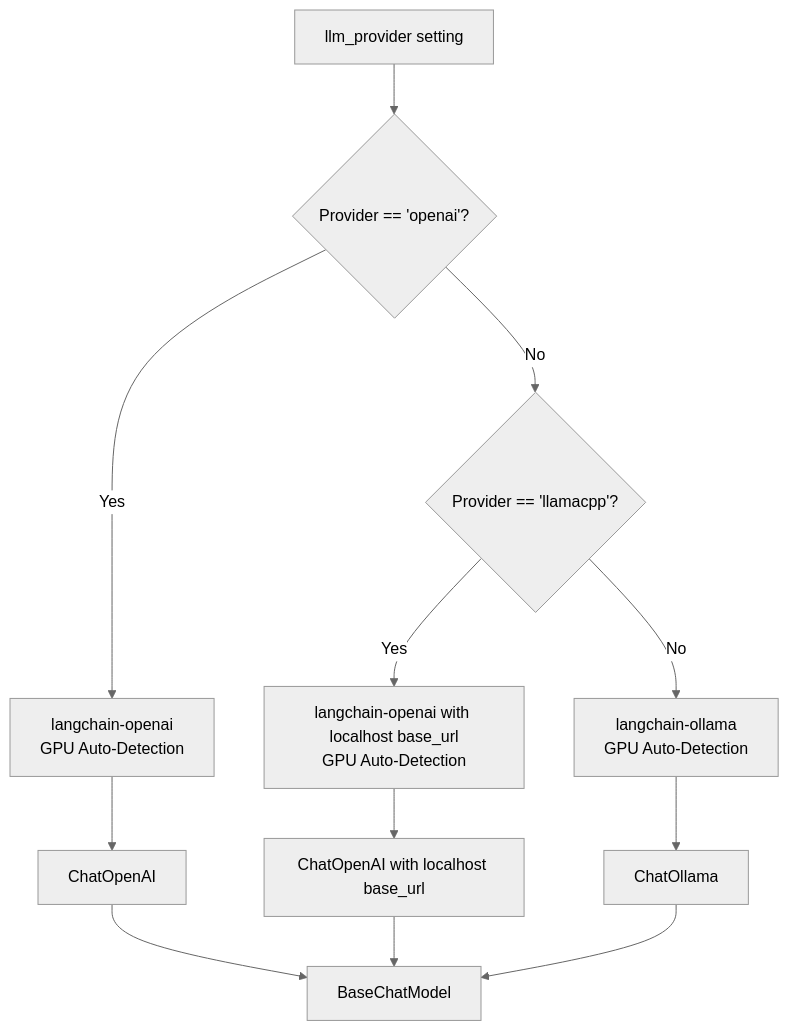
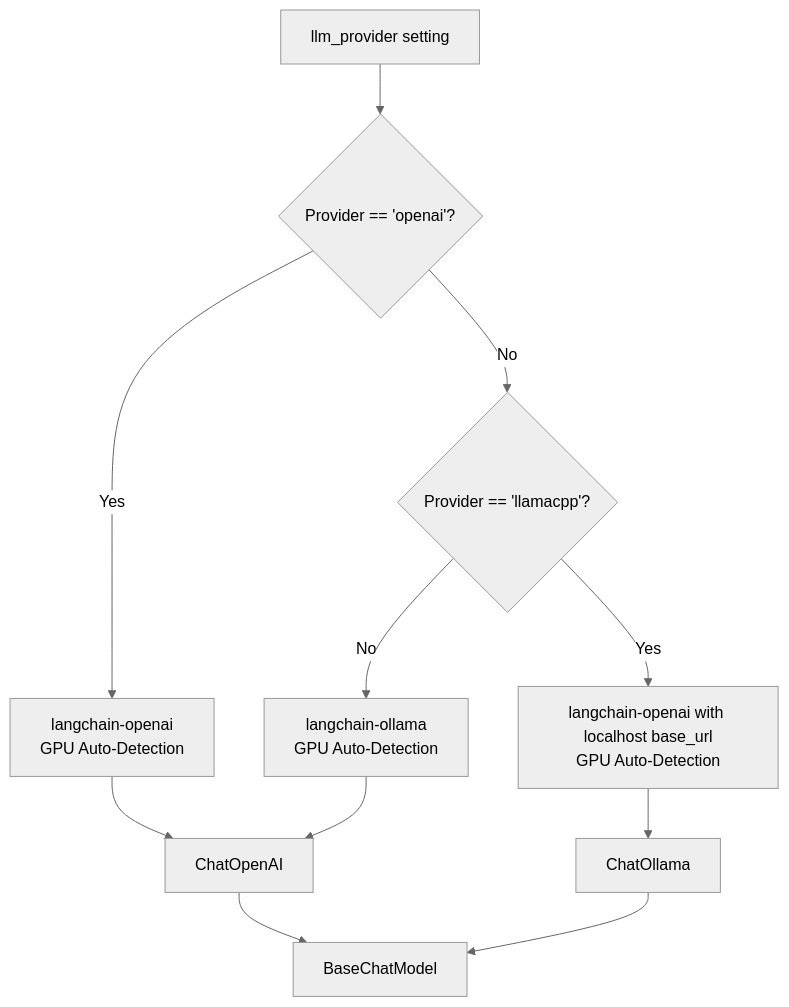
Before and after one commit to ognelis/cafetera_hr_bot: diagram 21 of 26 in .qoder/repowiki/en/content/RAG Integration/RAG Integration.md, drawn with Mermaid (neutral theme). The commit also changed other lines of this file and 29 other files, not shown here.

````diff
--- a/.qoder/repowiki/en/content/RAG Integration/RAG Integration.md
+++ b/.qoder/repowiki/en/content/RAG Integration/RAG Integration.md
@@ -1069,14 +1241,13 @@
 ```mermaid
 flowchart TD
 ProviderConfig["llm_provider setting"] --> CheckOpenAI{"Provider == 'openai'?"}
 CheckOpenAI --> |Yes| OpenAIAdapter["langchain-openai<br/>GPU Auto-Detection"]
 CheckOpenAI --> |No| CheckLlamaCPP{"Provider == 'llamacpp'?"}
 CheckLlamaCPP --> |Yes| LlamaCPPAdapter["langchain-openai with localhost base_url<br/>GPU Auto-Detection"]
 CheckLlamaCPP --> |No| OllamaAdapter["langchain-ollama<br/>GPU Auto-Detection"]
 OpenAIAdapter --> ChatOpenAI["ChatOpenAI"]
-LlamaCPPAdapter --> ChatOpenAICustom["ChatOpenAI with localhost base_url"]
-OllamaAdapter --> ChatOllama["ChatOllama"]
+LlamaCPPAdapter --> ChatOllama["ChatOllama"]
+OllamaAdapter --> ChatOpenAI
 ChatOpenAI --> LLMInstance["BaseChatModel"]
-ChatOpenAICustom --> LLMInstance
 ChatOllama --> LLMInstance
 ```
````
